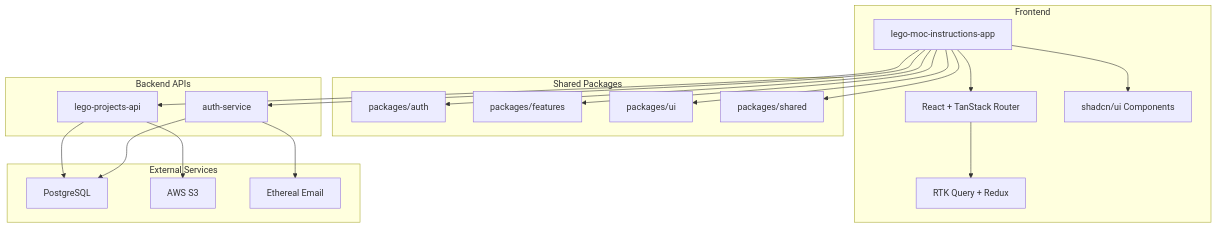
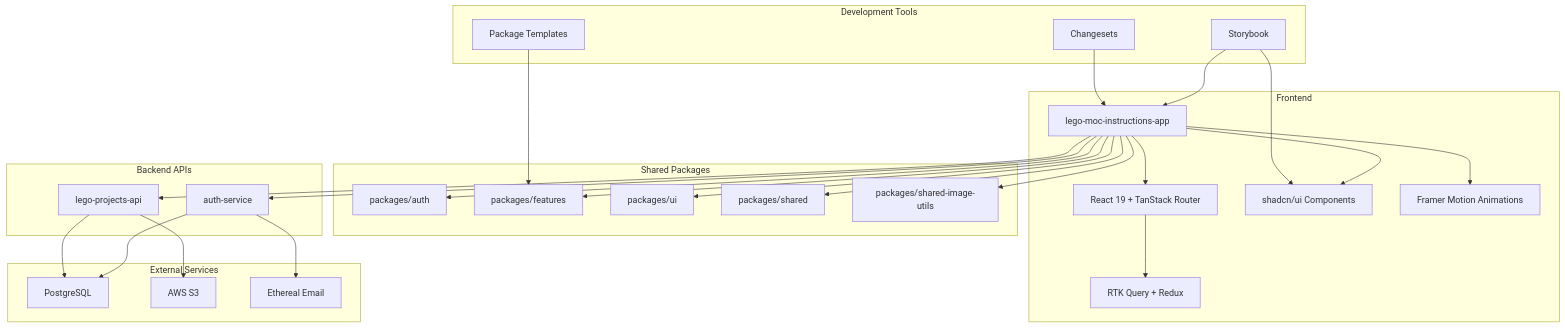
Before and after one commit to michael-menard/monorepo: the diagram in __docs__/ARCHITECTURE.md, drawn with Mermaid. The commit also changed other lines of this file and 418 other files, not shown here.

````diff
--- a/__docs__/ARCHITECTURE.md
+++ b/__docs__/ARCHITECTURE.md
@@ -9,43 +9,58 @@
 ```mermaid
 graph TB
     subgraph "Frontend"
         A[lego-moc-instructions-app]
-        B[React + TanStack Router]
+        B[React 19 + TanStack Router]
         C[RTK Query + Redux]
         D[shadcn/ui Components]
+        E[Framer Motion Animations]
     end
     
     subgraph "Shared Packages"
-        E[packages/auth]
-        F[packages/features]
-        G[packages/ui]
-        H[packages/shared]
+        F[packages/auth]
+        G[packages/features]
+        H[packages/ui]
+        I[packages/shared]
+        J[packages/shared-image-utils]
+    end
+    
+    subgraph "Development Tools"
+        K[Storybook]
+        L[Changesets]
+        M[Package Templates]
     end
     
     subgraph "Backend APIs"
-        I[auth-service]
-        J[lego-projects-api]
+        N[auth-service]
+        O[lego-projects-api]
     end
     
     subgraph "External Services"
-        K[PostgreSQL]
-        L[AWS S3]
-        M[Ethereal Email]
+        P[PostgreSQL]
+        Q[AWS S3]
+        R[Ethereal Email]
     end
     
     A --> B
     B --> C
     A --> D
     A --> E
     A --> F
     A --> G
     A --> H
-    
-    I --> K
-    J --> K
-    J --> L
-    I --> M
-    
     A --> I
     A --> J
+    
+    K --> A
+    K --> D
+    L --> A
+    M --> G
+    
+    N --> P
+    O --> P
+    O --> Q
+    N --> R
+    
+    A --> N
+    A --> O
 ```
````
